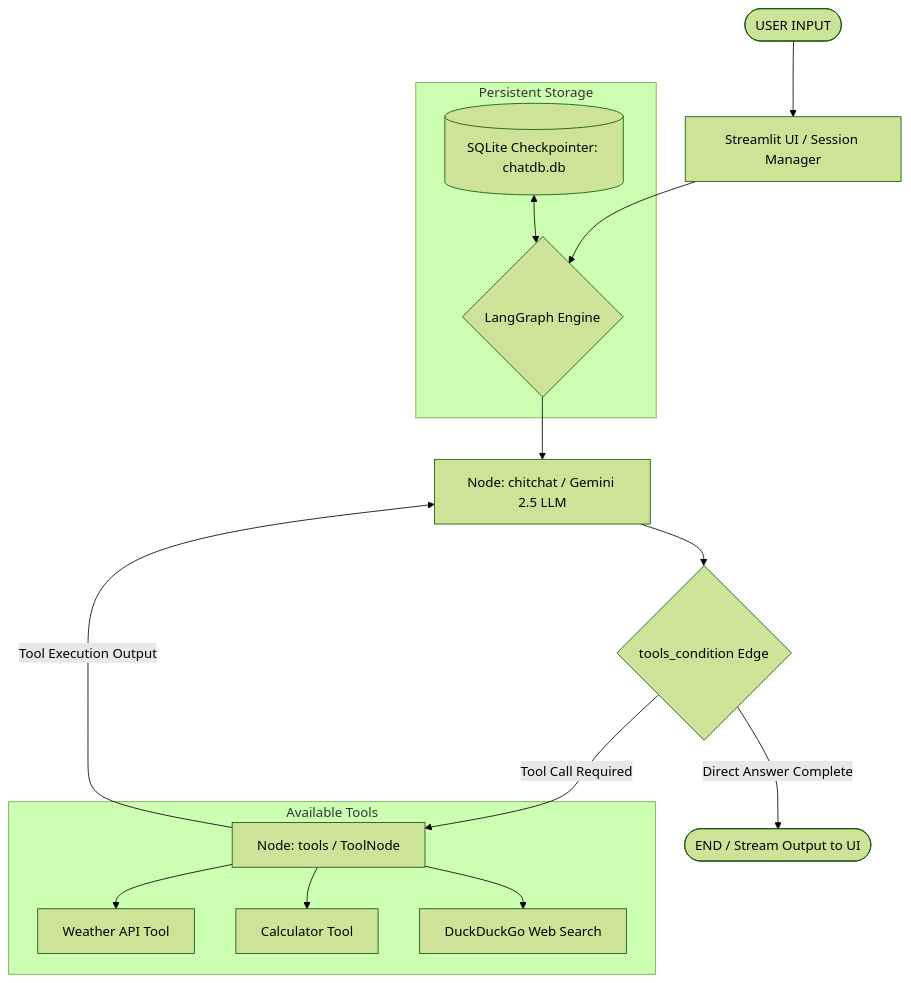
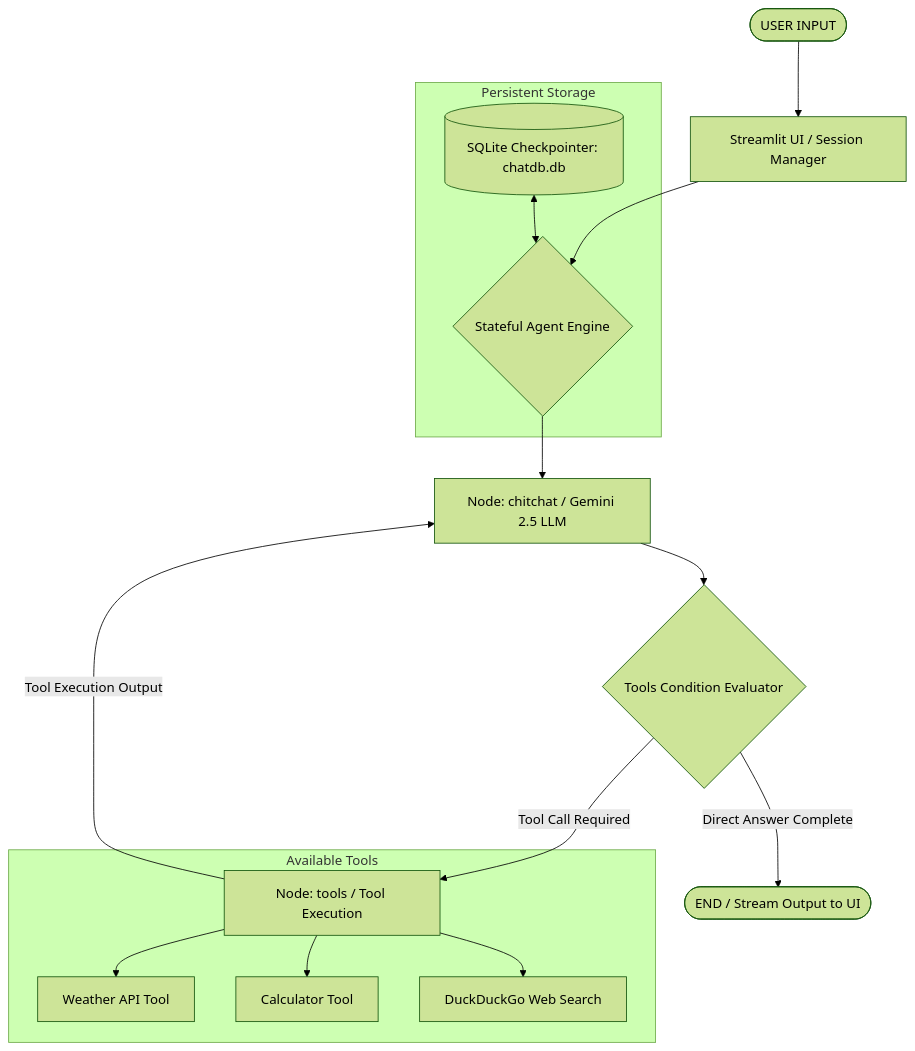
The diagram in README.md (raykundan655/ai-tool-assistant), drawn with Mermaid (forest theme) before and after one commit. The commit also changed other lines of this file, not shown here.

Commit message:
Remove all mentions of LangGraph from README.md

````diff
--- a/README.md
+++ b/README.md
@@ -19,20 +19,20 @@
 ```mermaid
 graph TD
     A([USER INPUT]) --> B[Streamlit UI / Session Manager]
-    B --> C{LangGraph Engine}
+    B --> C{Stateful Agent Engine}
     C --> D[Node: chitchat / Gemini 2.5 LLM]
-    D --> E{tools_condition Edge}
-    E -- Tool Call Required --> F[Node: tools / ToolNode]
+    D --> E{Tools Condition Evaluator}
+    E -- Tool Call Required --> F[Node: tools / Tool Execution]
     F -- Tool Execution Output --> D
     E -- Direct Answer Complete --> G([END / Stream Output to UI])
     
     subgraph Persistent Storage
         H[(SQLite Checkpointer: chatdb.db)] <--> C
     end
 
     subgraph Available Tools
         F --> T1[Weather API Tool]
         F --> T2[Calculator Tool]
         F --> T3[DuckDuckGo Web Search]
     end
 ```
````
